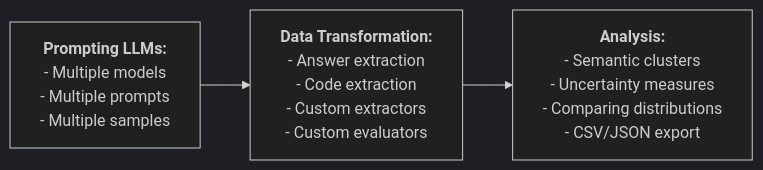
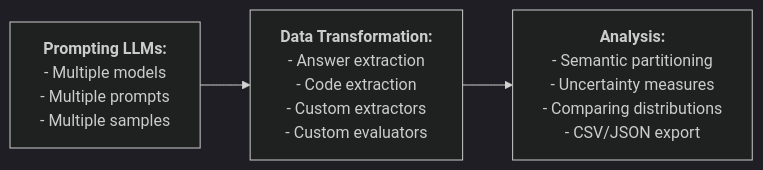
The diagram in README.md (msv-lab/llm-play), drawn with Mermaid (dark theme) before and after one commit. The commit also changed other lines of this file and 1 other file, not shown here.

````diff
--- a/README.md
+++ b/README.md
@@ -5,17 +5,17 @@
 ```mermaid
 flowchart LR
     A["`**Prompting LLMs:**
     - Multiple models
     - Multiple prompts
     - Multiple samples`"] --> B["`**Data Transformation:**
     - Answer extraction
     - Code extraction
     - Custom extractors
     - Custom evaluators`"]
     B --> C["`**Analysis:**
-    - Semantic clusters
+    - Semantic partitioning
     - Uncertainty measures
     - Comparing distributions
     - CSV/JSON export
     `"]
 ```
````
